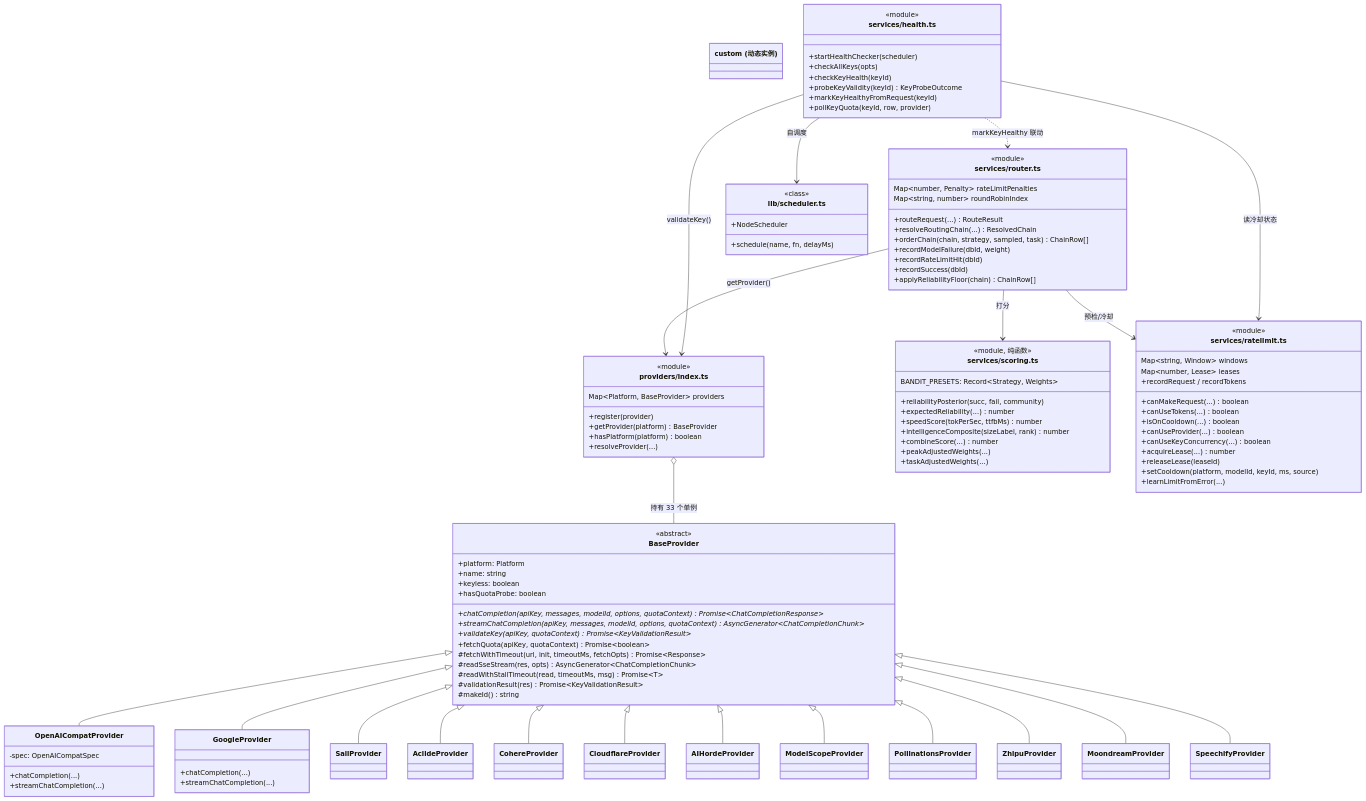
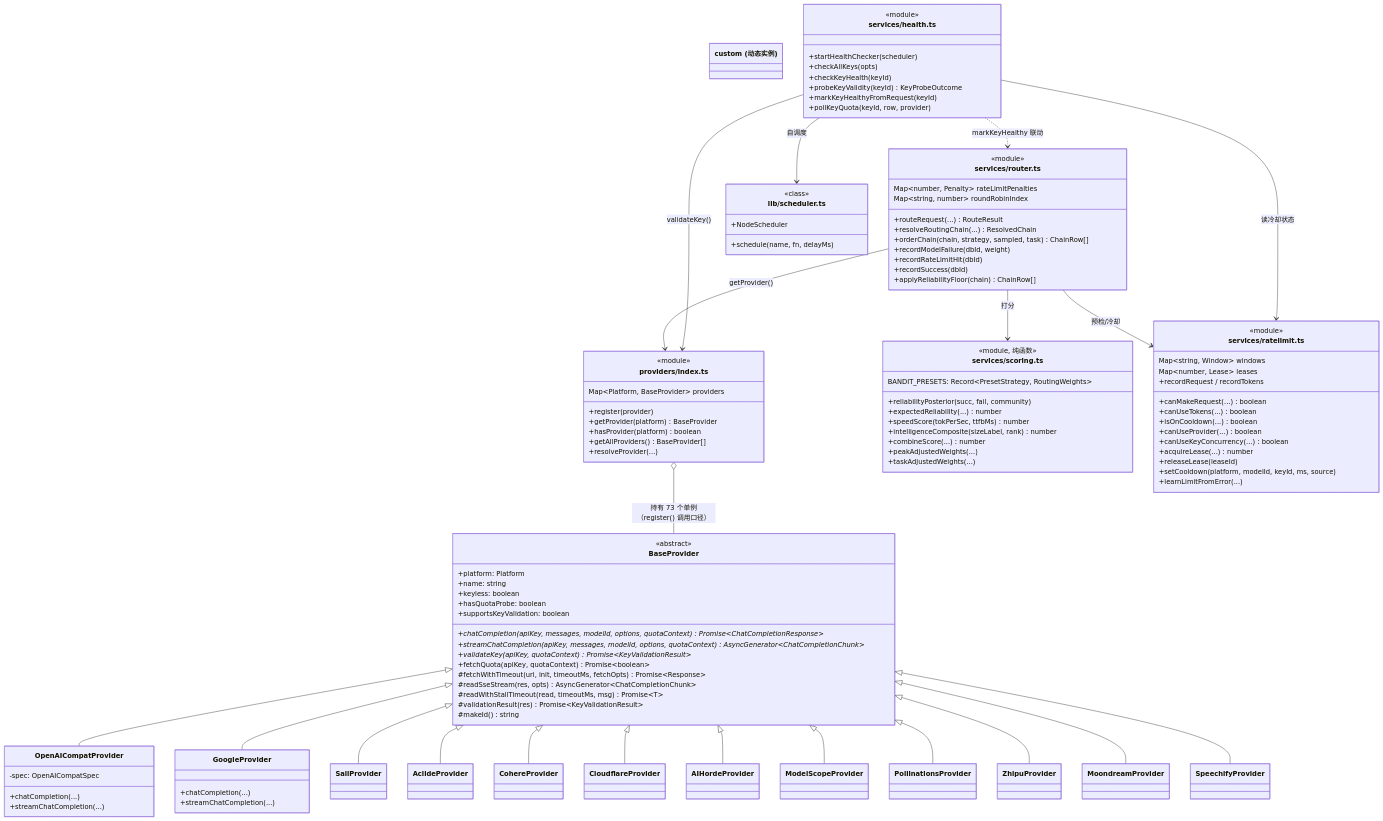
One commit to adrian9778/freellmapi changed the diagram in docs/adrian/sourceReader/04-核心模块与类关系.md. Above: the diagram before and after it, drawn with Mermaid. The commit also changed other lines of this file and 18 other files, not shown here.

```diff
--- a/docs/adrian/sourceReader/04-核心模块与类关系.md
+++ b/docs/adrian/sourceReader/04-核心模块与类关系.md
@@ -24,6 +26,7 @@
         +validateKey(apiKey, quotaContext)* Promise~KeyValidationResult~
         +fetchQuota(apiKey, quotaContext) Promise~boolean~
         +hasQuotaProbe: boolean
+        +supportsKeyValidation: boolean
         #fetchWithTimeout(url, init, timeoutMs, fetchOpts) Promise~Response~
         #readSseStream(res, opts) AsyncGenerator~ChatCompletionChunk~
         #readWithStallTimeout(read, timeoutMs, msg) Promise~T~
@@ -69,10 +72,11 @@
         Map~Platform, BaseProvider~ providers
         +register(provider)
         +getProvider(platform) BaseProvider
-        +hasPlatform(platform) boolean
+        +hasProvider(platform) boolean
+        +getAllProviders() BaseProvider[]
         +resolveProvider(...)
     }
-    providersRegistry o-- BaseProvider : 持有 33 个单例
+    providersRegistry o-- BaseProvider : 持有 73 个单例（register() 调用口径）
 
     class RouterModule["services/router.ts"] {
         <<module>>
@@ -96,7 +100,7 @@
         +combineScore(...) number
         +peakAdjustedWeights(...)
         +taskAdjustedWeights(...)
-        BANDIT_PRESETS: Record~Strategy, Weights~
+        BANDIT_PRESETS: Record~PresetStrategy, RoutingWeights~
     }
 
     class RateLimitModule["services/ratelimit.ts"] {
```
